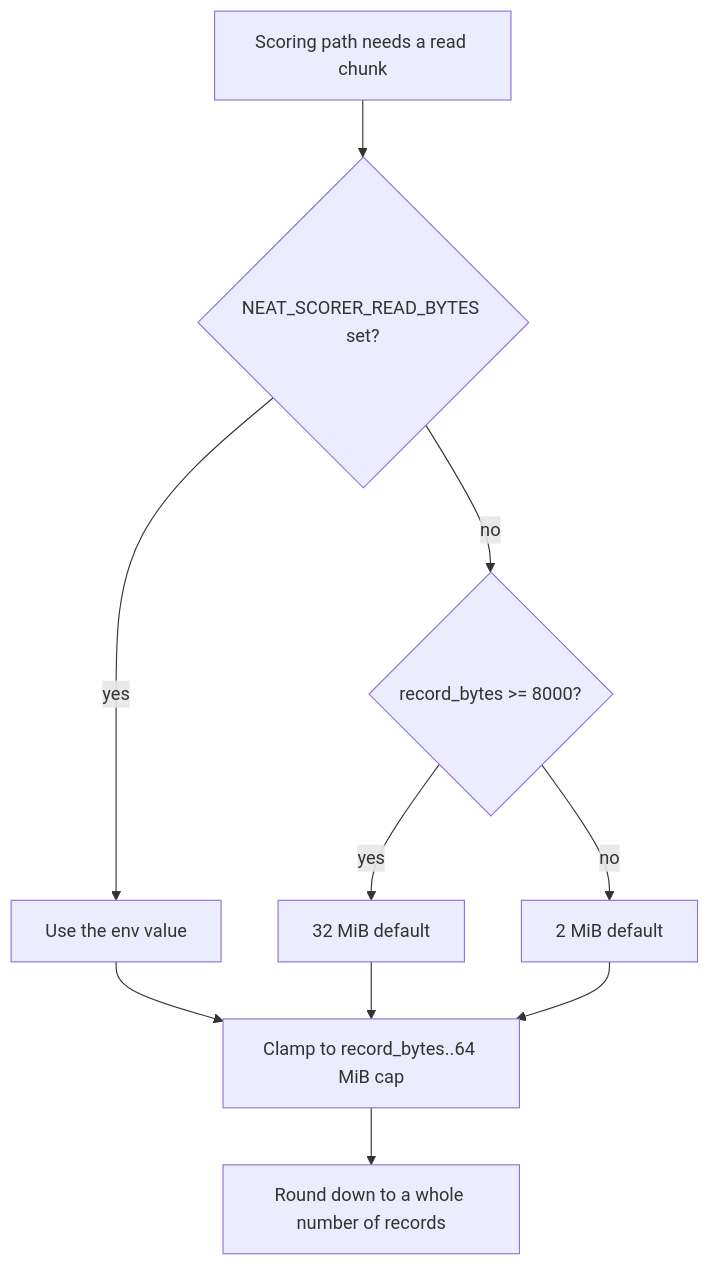
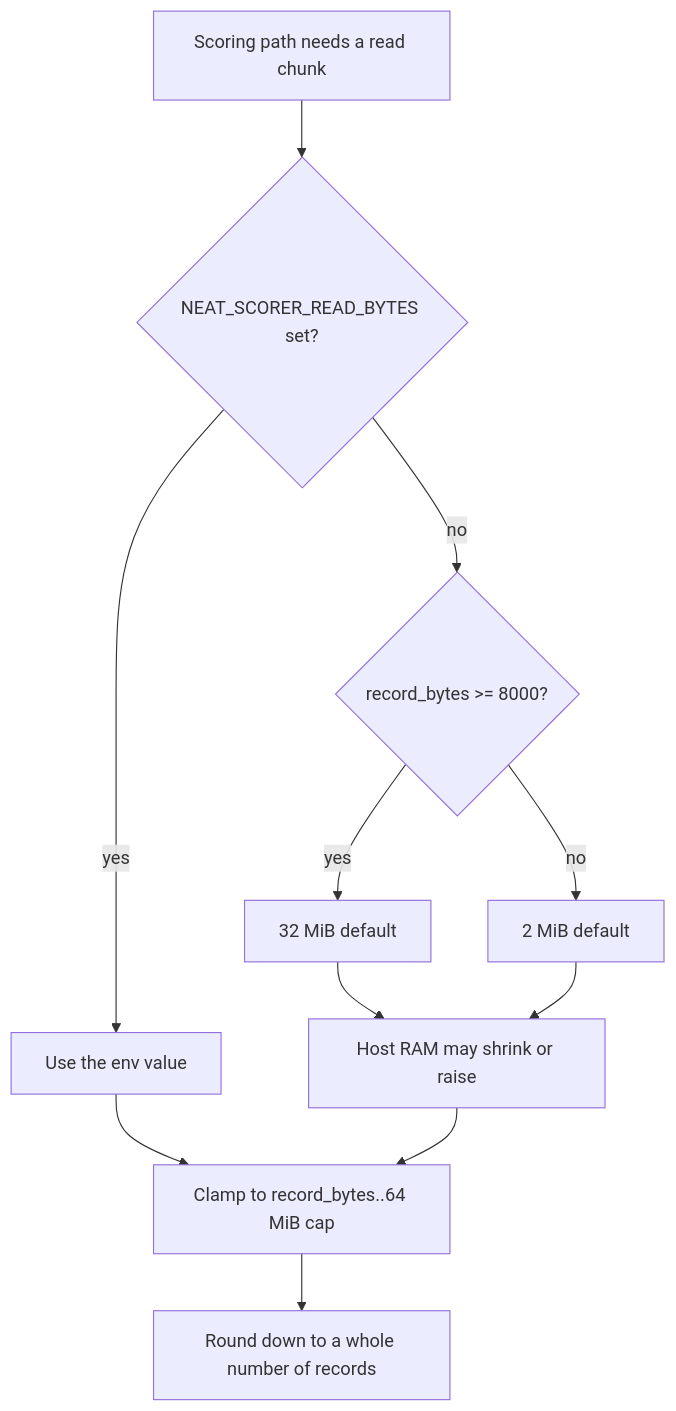
The seventh of 17 diagrams in README.md (stSoftwareAU/NEAT-AI-scorer), drawn with Mermaid before and after one commit. The commit also changed other lines of this file and 9 other files, not shown here.

````diff
--- a/README.md
+++ b/README.md
@@ -632,12 +642,13 @@
 ```mermaid
 flowchart TD
     A[Scoring path needs a read chunk] --> B{NEAT_SCORER_READ_BYTES set?}
     B -- yes --> C[Use the env value]
     B -- no --> D{record_bytes >= 8000?}
     D -- yes --> E[32 MiB default]
     D -- no --> F[2 MiB default]
     C --> G[Clamp to record_bytes..64 MiB cap]
-    E --> G
-    F --> G
-    G --> H[Round down to a whole number of records]
+    E --> H[Host RAM may shrink or raise]
+    F --> H
+    H --> G
+    G --> I[Round down to a whole number of records]
 ```
````
